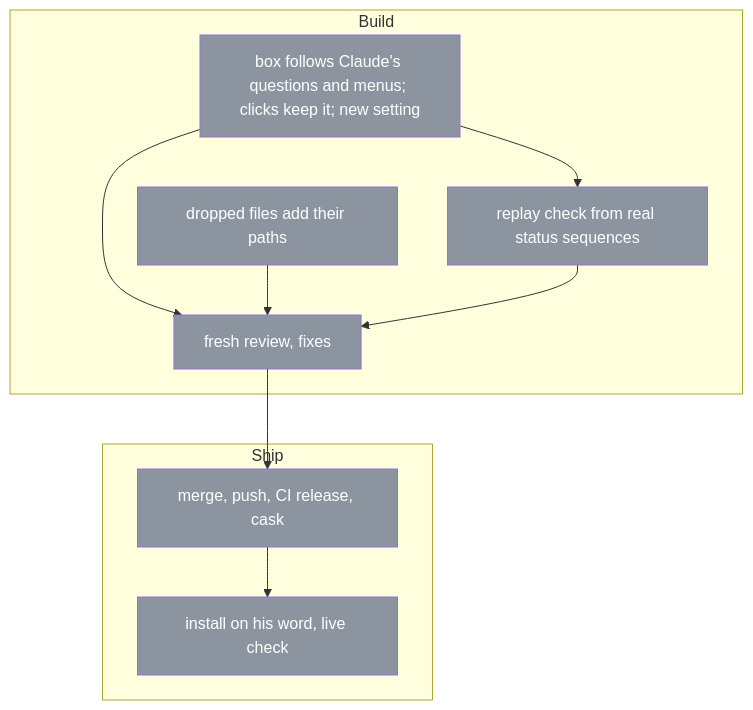
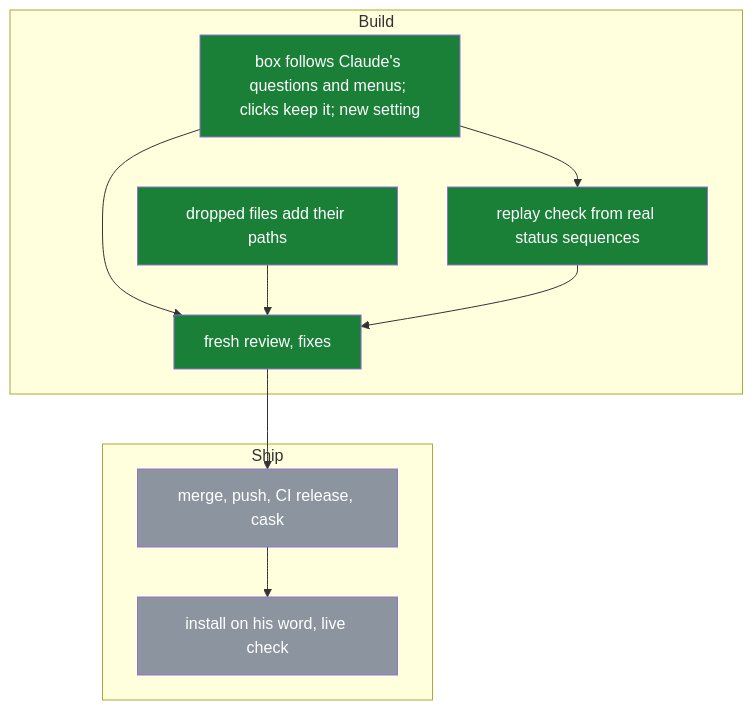
Before and after one commit to michaeljryoung/patton: the diagram in docs/compose-box.md, drawn with Mermaid. The commit also changed other lines of this file and 1 other file, not shown here.

Commit message:
Notes: compose box built, reviewed twice and checked; never run the Patton binary for its version (S56)

````diff
--- a/docs/compose-box.md
+++ b/docs/compose-box.md
@@ -10,25 +10,25 @@
 ```mermaid
 flowchart TD
   subgraph B["Build"]
-    box_core[box follows Claude's questions and menus; clicks keep it; new setting]:::todo
-    box_drop[dropped files add their paths]:::todo
-    box_replay[replay check from real status sequences]:::todo
-    box_review[fresh review, fixes]:::todo
+    box_core[box follows Claude's questions and menus; clicks keep it; new setting]:::done
+    box_drop[dropped files add their paths]:::done
+    box_replay[replay check from real status sequences]:::done
+    box_review[fresh review, fixes]:::done
   end
   subgraph S["Ship"]
     box_release[merge, push, CI release, cask]:::todo
     box_ship[install on his word, live check]:::todo
   end
   box_core --> box_replay
   box_core --> box_review
   box_drop --> box_review
   box_replay --> box_review
   box_review --> box_release
   box_release --> box_ship
   classDef done fill:#1a7f37,color:#fff
   classDef live fill:#0969da,color:#fff
   classDef todo fill:#8c959f,color:#fff
   classDef blocked fill:#cf222e,color:#fff
   classDef dropped fill:#eaeef2,color:#57606a
   classDef superseded fill:#eaeef2,color:#57606a
 ```
````
